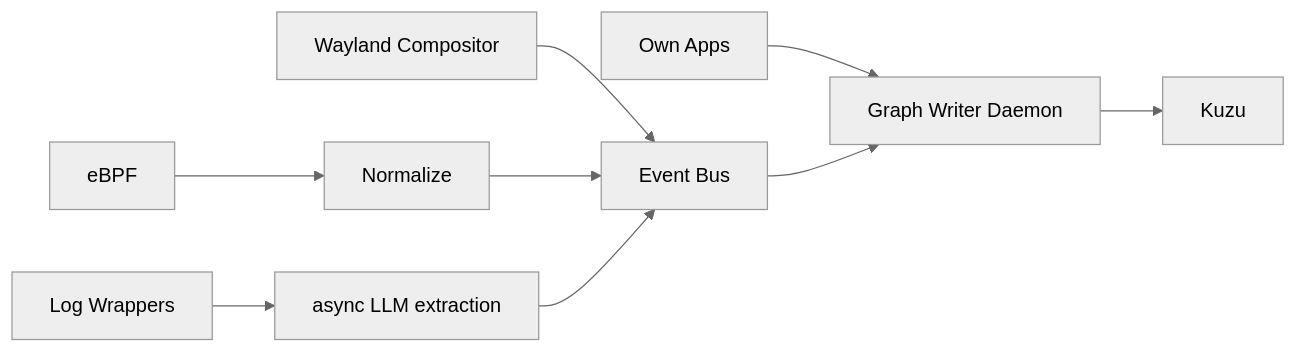
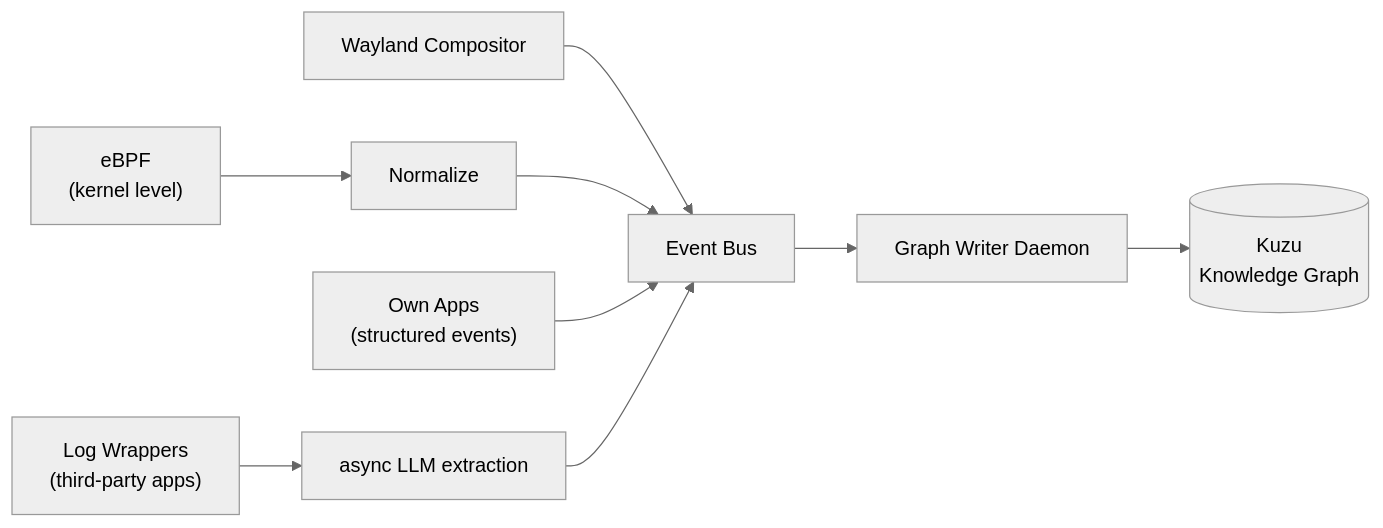
The fourth of 7 diagrams in README.md (lunaris-sys/foundation), drawn with Mermaid (neutral theme) before and after one commit. The commit also changed other lines of this file, not shown here.

````diff
--- a/README.md
+++ b/README.md
@@ -175,11 +326,11 @@
 ```mermaid
 flowchart LR
-  eBPF --> N["Normalize"]
+  eBPF["eBPF\n(kernel level)"] --> N["Normalize"]
   Wayland["Wayland Compositor"] --> EB["Event Bus"]
-  N --> EB
-  Apps["Own Apps"] --> GW
+  N --> EB["Event Bus"]
+  Apps["Own Apps\n(structured events)"] --> EB
+  LogWrap["Log Wrappers\n(third-party apps)"] --> LLM["async LLM extraction"]
+  LLM --> EB
   EB --> GW["Graph Writer Daemon"]
-  LogWrap["Log Wrappers"] --> LLM["async LLM extraction"]
-  LLM --> EB
-  GW --> Kuzu
+  GW --> Kuzu[("Kuzu\nKnowledge Graph")]
 ```
````
